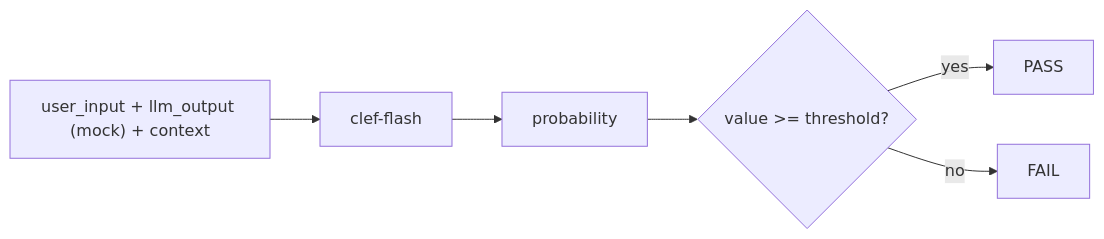
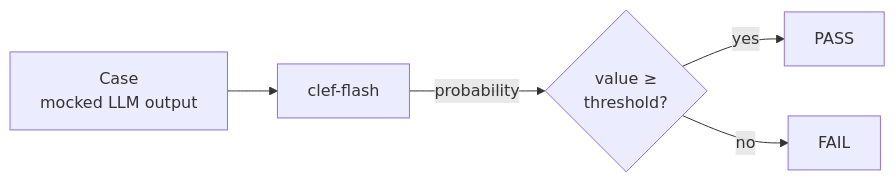
Before and after one commit to serhiismetanskyi/serhiismetanskyi.github.io: the diagram in docs/projects/llm-output-evaluation-with-clef.md, drawn with Mermaid. The commit also changed 4 other files, not shown here.

Commit message:
Site: 2px outlines on cards, buttons, social icons and filters; Clef project: compact Mermaid diagram

````diff
--- a/docs/projects/llm-output-evaluation-with-clef.md
+++ b/docs/projects/llm-output-evaluation-with-clef.md
@@ -23,8 +23,7 @@
 ```mermaid
 flowchart LR
-    A["user_input + llm_output (mock) + context"] --> B["clef-flash"]
-    B --> C["probability"]
-    C --> D{"value >= threshold?"}
+    A["Case<br/>mocked LLM output"] --> B["clef-flash"]
+    B -- probability --> D{"value ≥<br/>threshold?"}
     D -- yes --> E["PASS"]
     D -- no --> F["FAIL"]
 ```
````
